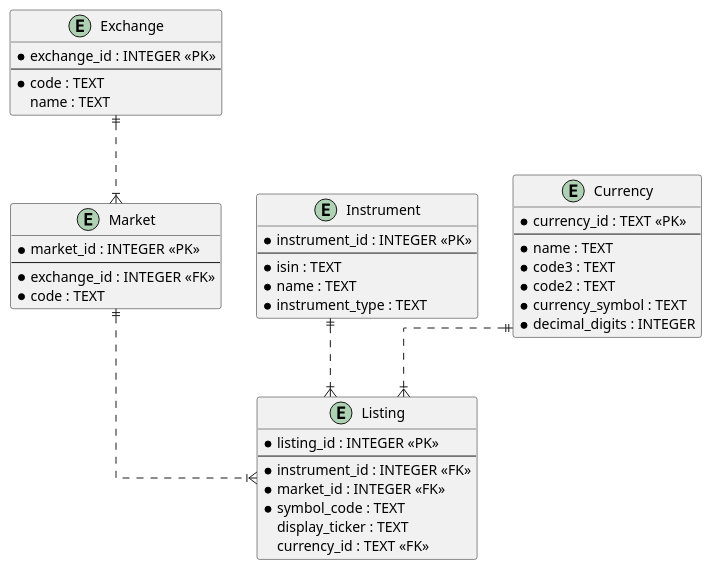
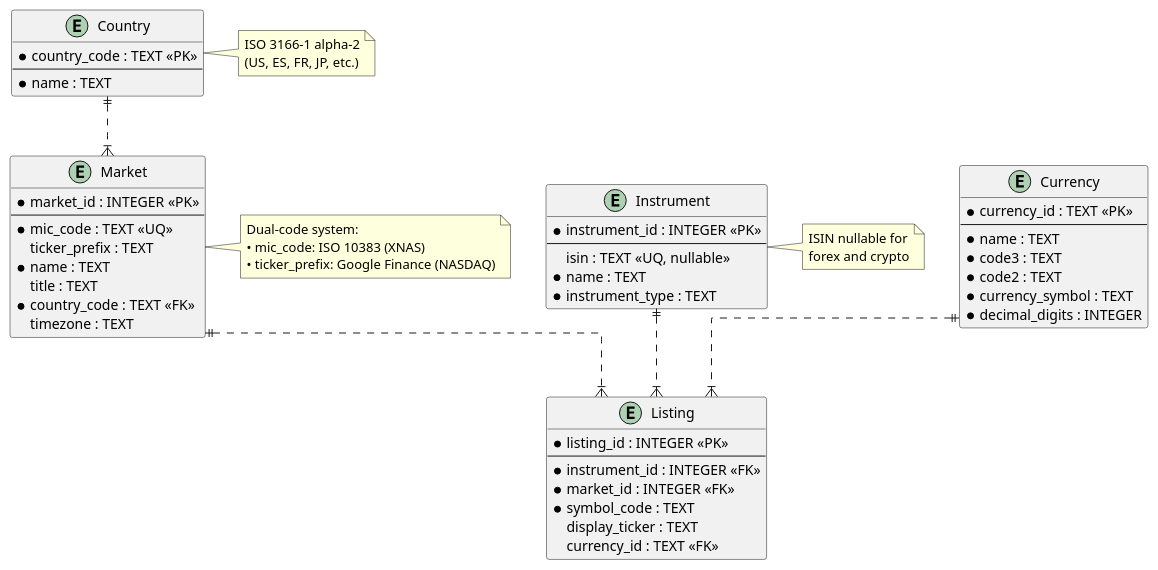
One commit to jasset75/symb0l changed the diagram in doc/diagrams/data_model.puml. Above: the diagram before and after it, drawn with PlantUML. The commit also changed 11 other files, not shown here.

First line of the commit message:
feat: add country table with ISO 3166-1 alpha-2 codes

```diff
--- a/doc/diagrams/data_model.puml
+++ b/doc/diagrams/data_model.puml
@@ -1,50 +1,70 @@
 @startuml DataModel
 skinparam linetype ortho
 
-entity "Exchange" as exchange {
-  *exchange_id : INTEGER <<PK>>
+entity "Country" as country {
+  *country_code : TEXT <<PK>>
   --
-  *code : TEXT
-  name : TEXT
+  *name : TEXT
 }
 
 entity "Market" as market {
   *market_id : INTEGER <<PK>>
   --
-  *exchange_id : INTEGER <<FK>>
-  *code : TEXT
+  *mic_code : TEXT <<UQ>>
+  ticker_prefix : TEXT
+  *name : TEXT
+  title : TEXT
+  *country_code : TEXT <<FK>>
+  timezone : TEXT
 }
 
 entity "Instrument" as instrument {
   *instrument_id : INTEGER <<PK>>
   --
-  *isin : TEXT
+  isin : TEXT <<UQ, nullable>>
   *name : TEXT
   *instrument_type : TEXT
 }
 
 entity "Listing" as listing {
   *listing_id : INTEGER <<PK>>
   --
   *instrument_id : INTEGER <<FK>>
   *market_id : INTEGER <<FK>>
   *symbol_code : TEXT
   display_ticker : TEXT
   currency_id : TEXT <<FK>>
 }
 
 entity "Currency" as currency {
   *currency_id : TEXT <<PK>>
   --
   *name : TEXT
   *code3 : TEXT
   *code2 : TEXT
   *currency_symbol : TEXT
   *decimal_digits : INTEGER
 }
 
-exchange ||..|{ market
+country ||..|{ market
 market ||..|{ listing
 instrument ||..|{ listing
 currency ||..|{ listing
+
+note right of country
+  ISO 3166-1 alpha-2
+  (US, ES, FR, JP, etc.)
+end note
+
+note right of market
+  Dual-code system:
+  • mic_code: ISO 10383 (XNAS)
+  • ticker_prefix: Google Finance (NASDAQ)
+end note
+
+note right of instrument
+  ISIN nullable for
+  forex and crypto
+end note
+
 @enduml
```
